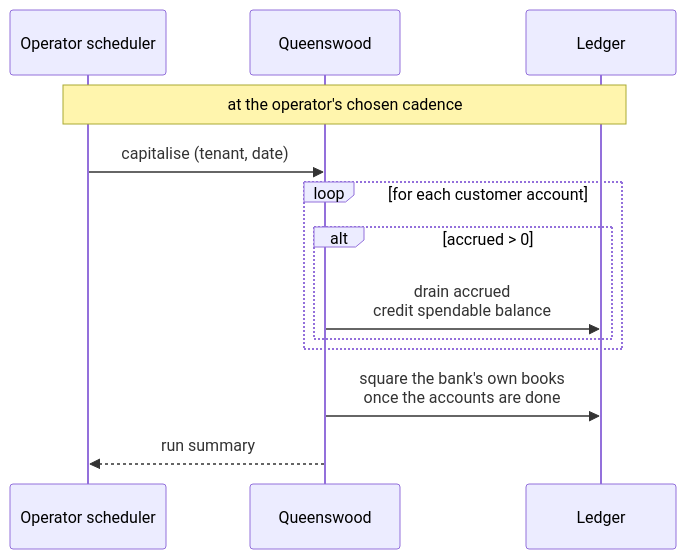
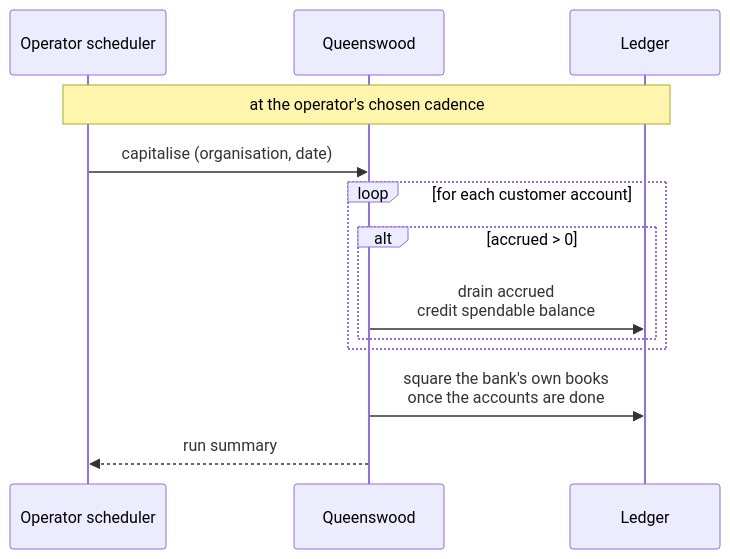
One commit to repldriven/queenswood changed the second of 4 diagrams in docs/prd/interest.md. Above: the diagram before and after it, drawn with Mermaid. The commit also changed other lines of this file and 32 other files, not shown here.

````diff
--- a/docs/prd/interest.md
+++ b/docs/prd/interest.md
@@ -257,16 +257,16 @@
 ```mermaid
 sequenceDiagram
     participant Op as Operator scheduler
     participant Q as Queenswood
     participant L as Ledger
 
     Note over Op,L: at the operator's chosen cadence
-    Op->>Q: capitalise (tenant, date)
+    Op->>Q: capitalise (organisation, date)
     loop for each customer account
         alt accrued > 0
             Q->>L: drain accrued<br/>credit spendable balance
         end
     end
     Q->>L: square the bank's own books<br/>once the accounts are done
     Q-->>Op: run summary
 ```
````
